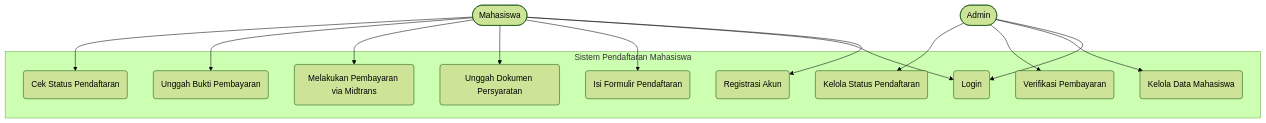
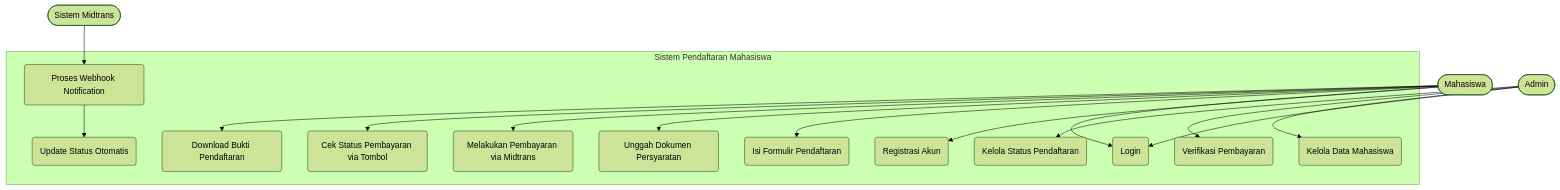
The first of 3 diagrams in README.md (SenaPutra01/pendaftaran-mahasiswa), drawn with Mermaid (forest theme) before and after one commit. The commit also changed other lines of this file, not shown here.

````diff
--- a/README.md
+++ b/README.md
@@ -201,32 +184,38 @@
 ```mermaid
 %% Use Case Diagram Pendaftaran Mahasiswa
 flowchart TD
     actor1([Mahasiswa])
     actor2([Admin])
+    actor3([Sistem Midtrans])
 
     subgraph "Sistem Pendaftaran Mahasiswa"
         UC1(Registrasi Akun)
         UC2(Login)
         UC3(Isi Formulir Pendaftaran)
         UC4(Unggah Dokumen Persyaratan)
         UC5(Melakukan Pembayaran via Midtrans)
-        UC6(Unggah Bukti Pembayaran)
-        UC7(Cek Status Pendaftaran)
+        UC6(Cek Status Pembayaran via Tombol)
+        UC7(Download Bukti Pendaftaran)
         UC8(Kelola Data Mahasiswa)
         UC9(Verifikasi Pembayaran)
         UC10(Kelola Status Pendaftaran)
+        UC11(Proses Webhook Notification)
+        UC12(Update Status Otomatis)
     end
 
     actor1 --> UC1
     actor1 --> UC2
     actor1 --> UC3
     actor1 --> UC4
     actor1 --> UC5
     actor1 --> UC6
     actor1 --> UC7
 
     actor2 --> UC2
     actor2 --> UC8
     actor2 --> UC9
     actor2 --> UC10
+
+    actor3 --> UC11
+    UC11 --> UC12
 ```
````
